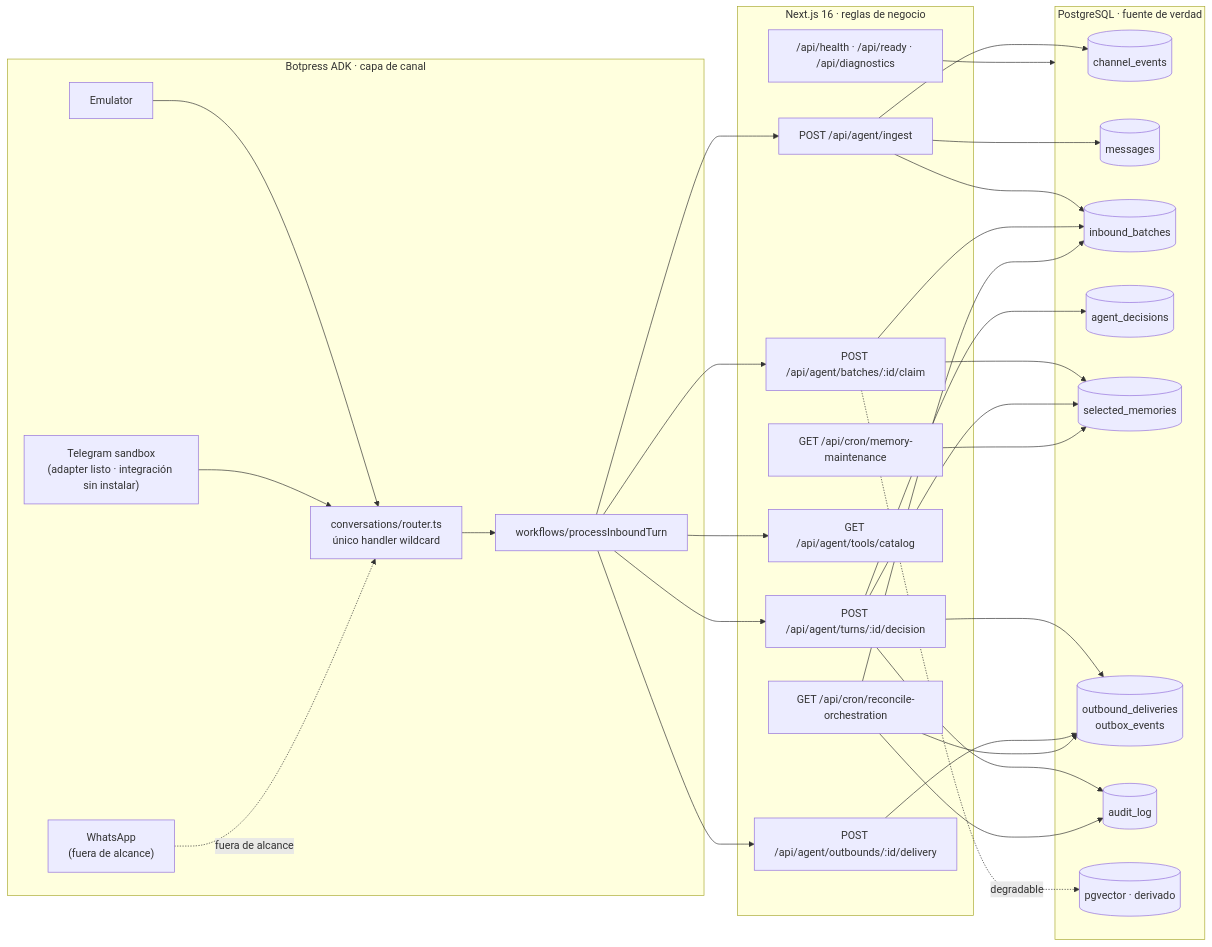
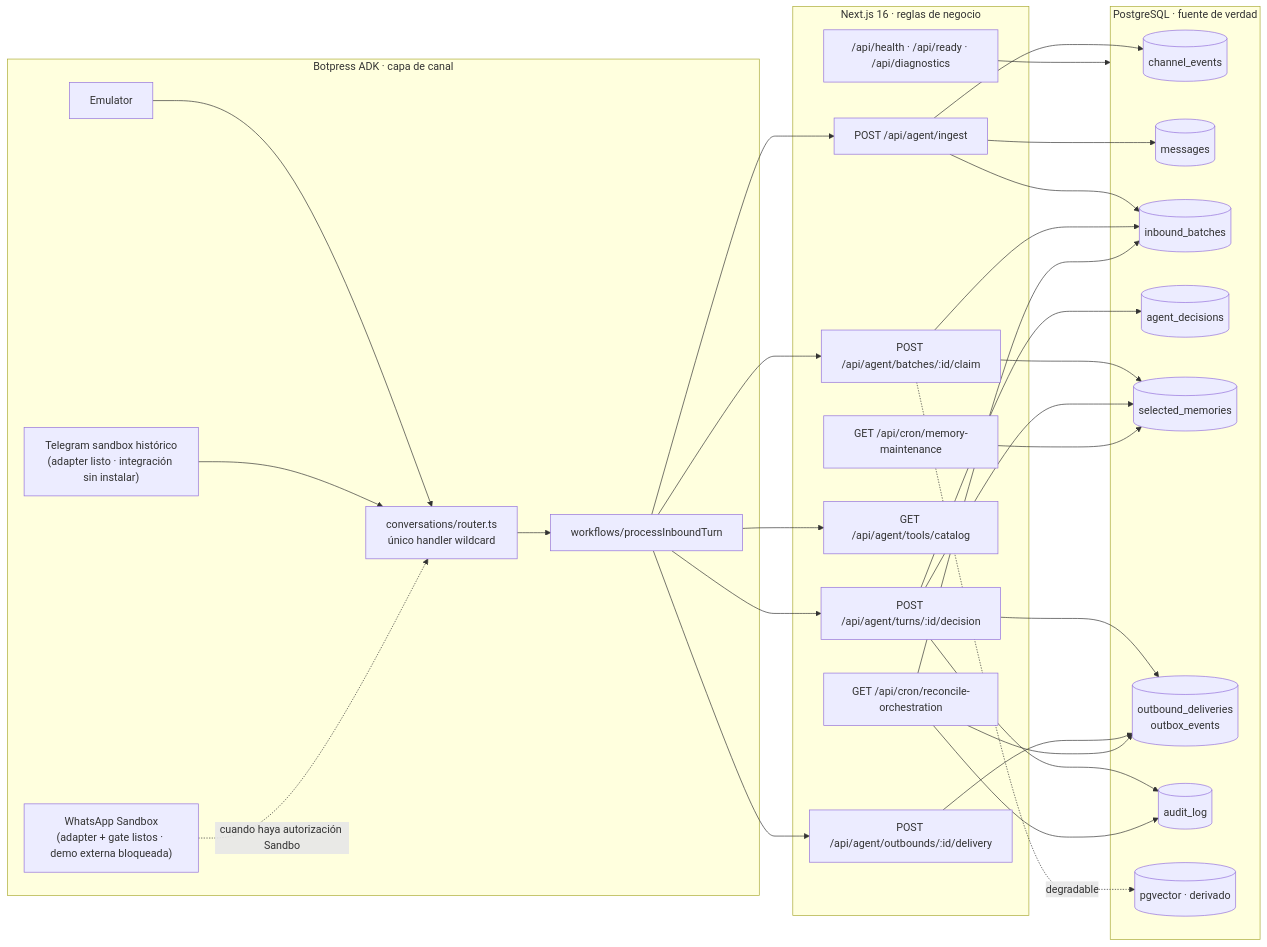
The first of 5 diagrams in docs/ORCHESTRATOR_MAP.md (Maneyrao/studyx-agente-ventas), drawn with Mermaid before and after one commit. The commit also changed other lines of this file and 5 other files, not shown here.

````diff
--- a/docs/ORCHESTRATOR_MAP.md
+++ b/docs/ORCHESTRATOR_MAP.md
@@ -9,48 +9,48 @@
 ```mermaid
 flowchart LR
   subgraph Canal["Botpress ADK · capa de canal"]
-    TG["Telegram sandbox<br/>(adapter listo · integración sin instalar)"]
+    TG["Telegram sandbox histórico<br/>(adapter listo · integración sin instalar)"]
     EMU[Emulator]
-    WA["WhatsApp<br/>(fuera de alcance)"]
+    WA["WhatsApp Sandbox<br/>(adapter + gate listos · demo externa bloqueada)"]
     ROUTER[conversations/router.ts<br/>único handler wildcard]
     WF[workflows/processInboundTurn]
   end
 
   subgraph Next["Next.js 16 · reglas de negocio"]
     INGEST["POST /api/agent/ingest"]
     CLAIM["POST /api/agent/batches/:id/claim"]
     DECISION["POST /api/agent/turns/:id/decision"]
     DELIVERY["POST /api/agent/outbounds/:id/delivery"]
     CATALOG["GET /api/agent/tools/catalog"]
     RECON["GET /api/cron/reconcile-orchestration"]
     MEM["GET /api/cron/memory-maintenance"]
     HEALTH["/api/health · /api/ready · /api/diagnostics"]
   end
 
   subgraph PG["PostgreSQL · fuente de verdad"]
     CE[(channel_events)]
     MSG[(messages)]
     BATCH[(inbound_batches)]
     DEC[(agent_decisions)]
     SM[(selected_memories)]
     OUT[(outbound_deliveries<br/>outbox_events)]
     AUD[(audit_log)]
     VEC[(pgvector · derivado)]
   end
 
   EMU --> ROUTER
   TG --> ROUTER
-  WA -.fuera de alcance.-> ROUTER
+  WA -.cuando haya autorización Sandbox.-> ROUTER
   ROUTER --> WF
   WF --> INGEST --> CE & MSG & BATCH
   WF --> CLAIM --> BATCH
   CLAIM -.degradable.-> VEC
   CLAIM --> SM
   WF --> CATALOG
   WF --> DECISION --> DEC & OUT & AUD
   DECISION --> SM
   WF --> DELIVERY --> OUT
   RECON --> BATCH & OUT & AUD
   MEM --> SM
   HEALTH --> PG
 ```
````
